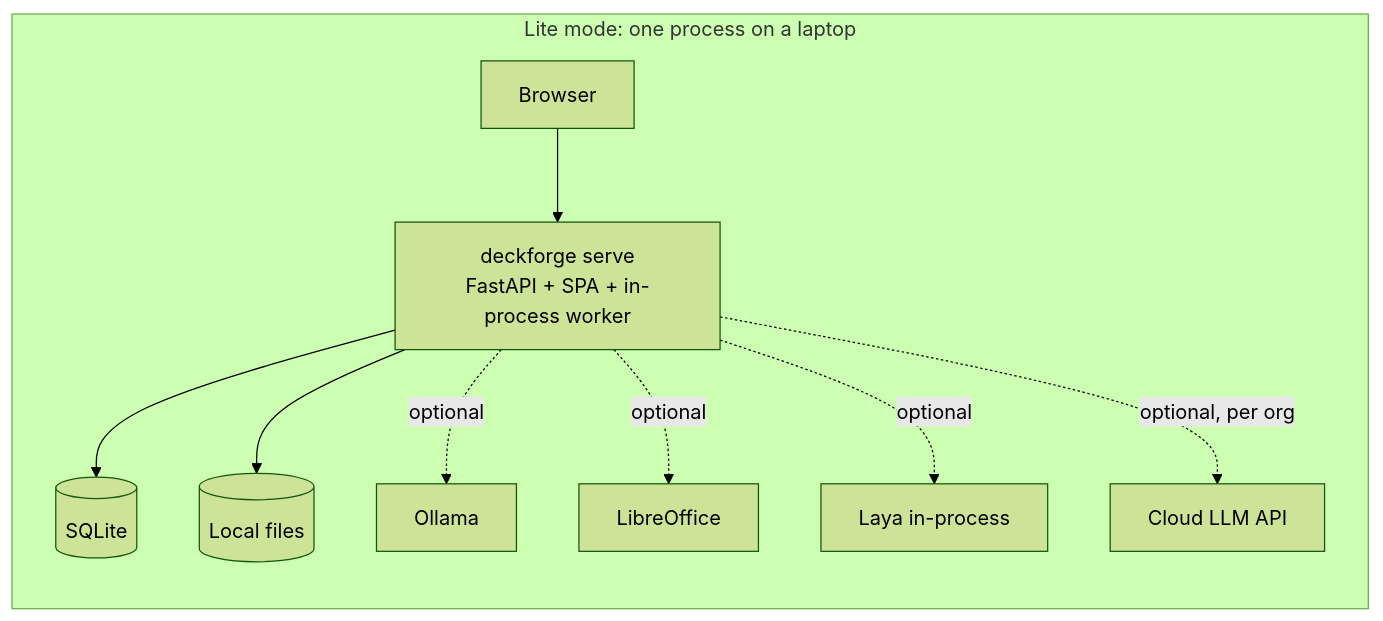
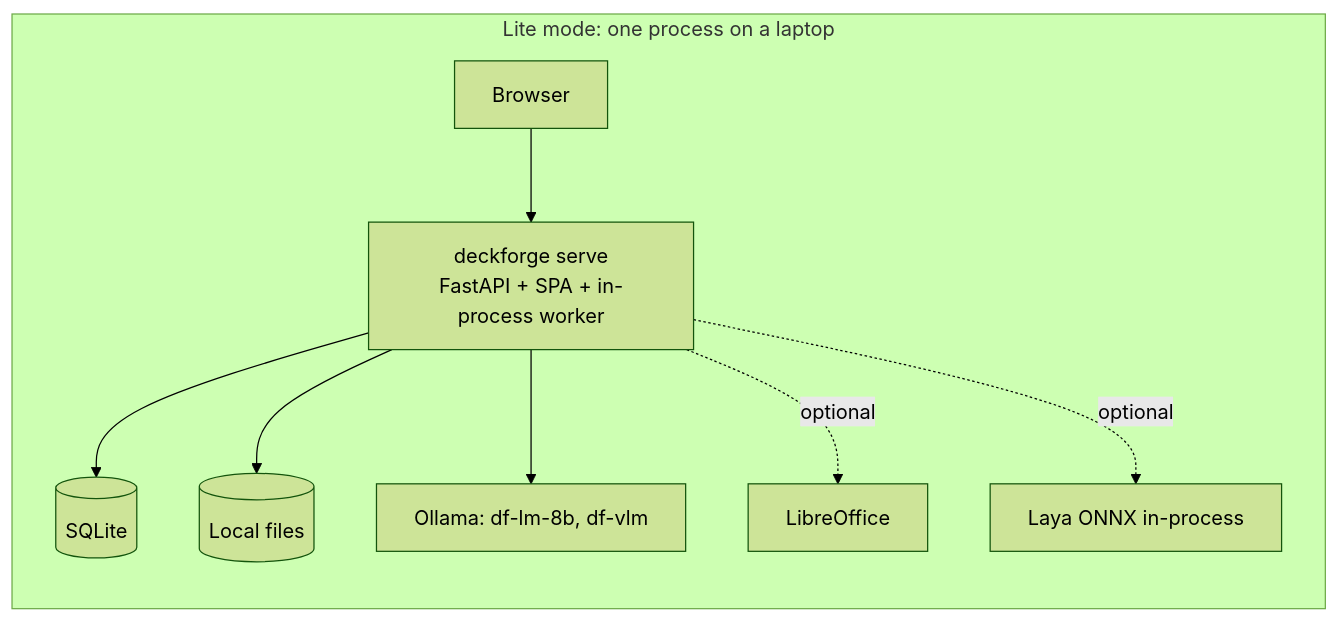
The first of 3 diagrams in docs/build/01_architecture.md (biswajoy-iitgn/presentation_maker), drawn with Mermaid (forest theme) before and after one commit. The commit also changed other lines of this file and 27 other files, not shown here.

````diff
--- a/docs/build/01_architecture.md
+++ b/docs/build/01_architecture.md
@@ -32,12 +32,11 @@
 ```mermaid
 flowchart LR
   subgraph Lite["Lite mode: one process on a laptop"]
     B1[Browser] --> P1["deckforge serve<br/>FastAPI + SPA + in-process worker"]
     P1 --> S1[(SQLite)]
     P1 --> F1[(Local files)]
-    P1 -. optional .-> O1[Ollama]
+    P1 --> O1[Ollama: df-lm-8b, df-vlm]
     P1 -. optional .-> L1[LibreOffice]
-    P1 -. optional .-> Y1[Laya in-process]
-    P1 -. optional, per org .-> C1[Cloud LLM API]
+    P1 -. optional .-> Y1[Laya ONNX in-process]
   end
 ```
````
